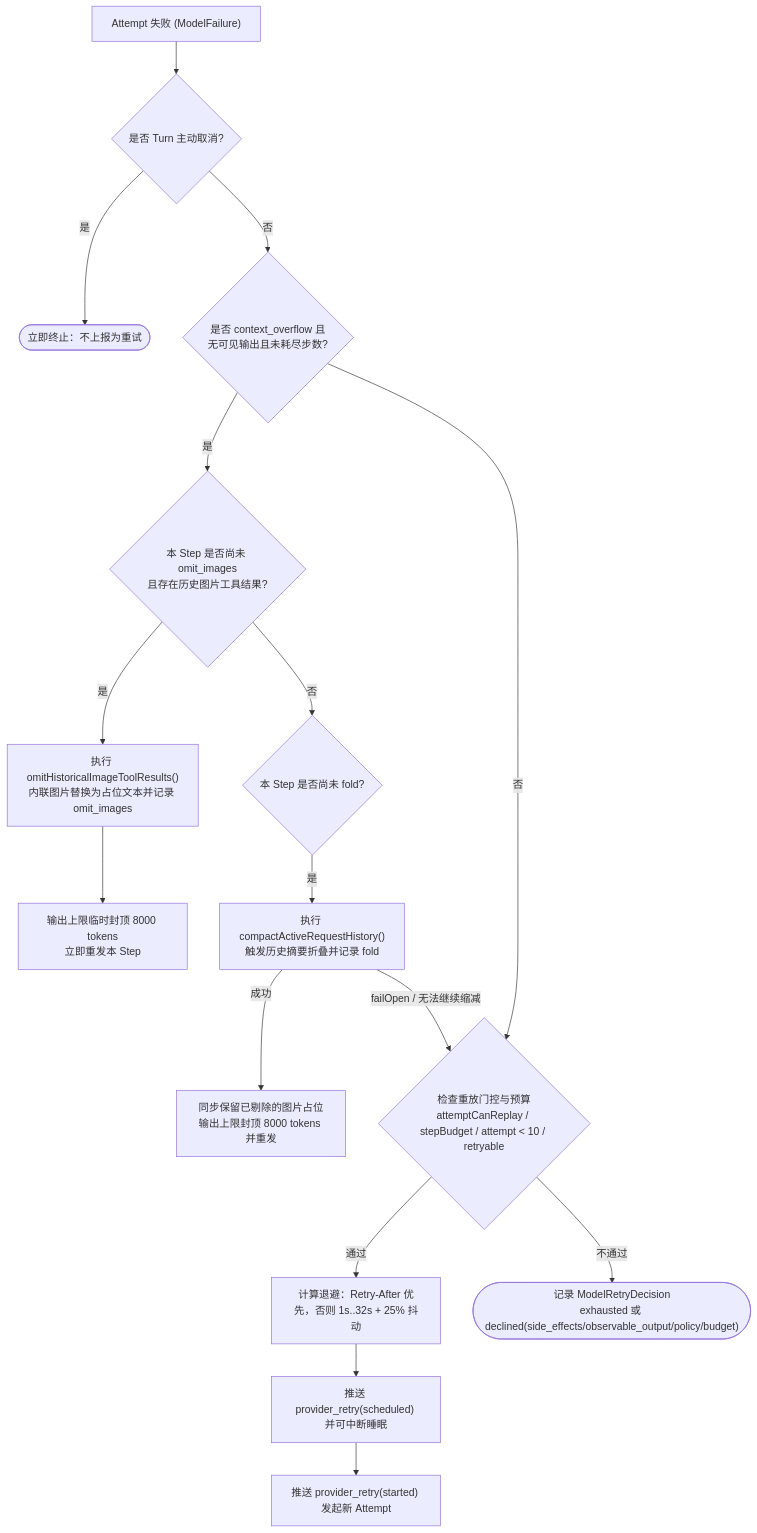
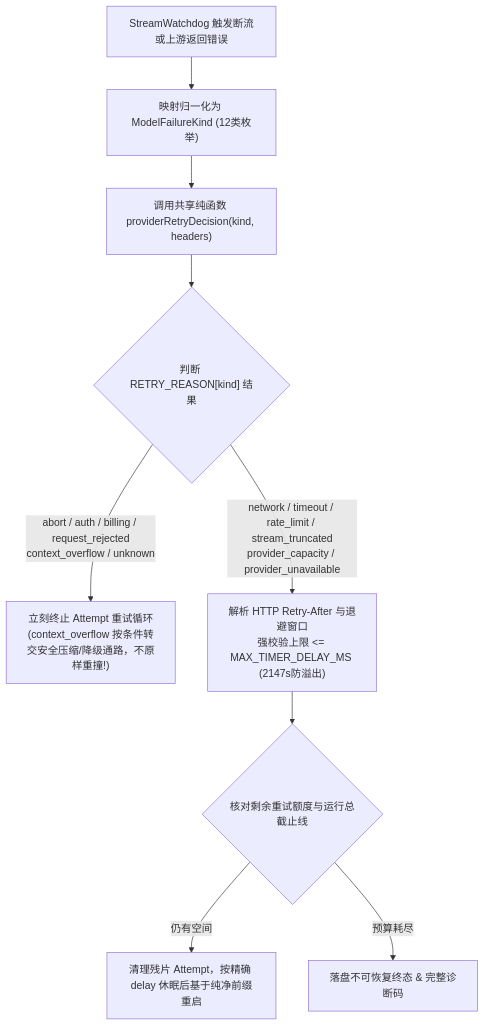
Before and after one commit to suger-m/agent-infrastructure-docs: the diagram in maka-agent-infra/06-operations/retry-timeout-idempotency.md, drawn with Mermaid. The commit also changed other lines of this file and 33 other files, not shown here.

Commit message:
docs(ts): overhaul all 32 TS architecture chapters in razor-sharp microkernel style & polish Rust foundations

````diff
--- a/maka-agent-infra/06-operations/retry-timeout-idempotency.md
+++ b/maka-agent-infra/06-operations/retry-timeout-idempotency.md
@@ -126,22 +30,11 @@
 ```mermaid
 flowchart TD
-    Fail["Attempt 失败 (ModelFailure)"] --> CheckAbort{"是否 Turn 主动取消?"}
-    CheckAbort -->|"是"| ThrowAbort(["立即终止：不上报为重试"])
-    CheckAbort -->|"否"| IsOverflow{"是否 context_overflow 且<br/>无可见输出且未耗尽步数?"}
-
-    IsOverflow -->|"是"| ImgCheck{"本 Step 是否尚未 omit_images<br/>且存在历史图片工具结果?"}
-    ImgCheck -->|"是"| OmitImg["执行 omitHistoricalImageToolResults()<br/>内联图片替换为占位文本并记录 omit_images"]
-    OmitImg --> CapOut["输出上限临时封顶 8000 tokens<br/>立即重发本 Step"]
-
-    ImgCheck -->|"否"| FoldCheck{"本 Step 是否尚未 fold?"}
-    FoldCheck -->|"是"| Compact["执行 compactActiveRequestHistory()<br/>触发历史摘要折叠并记录 fold"]
-    Compact -->|"成功"| ReapplyImg["同步保留已剔除的图片占位<br/>输出上限封顶 8000 tokens 并重发"]
-    Compact -->|"failOpen / 无法继续缩减"| Gate
-
-    IsOverflow -->|"否"| Gate{"检查重放门控与预算<br/>attemptCanReplay / stepBudget / attempt < 10 / retryable"}
-    Gate -->|"通过"| Backoff["计算退避：Retry-After 优先，否则 1s..32s + 25% 抖动"]
-    Backoff --> EmitWait["推送 provider_retry(scheduled) 并可中断睡眠"]
-    EmitWait --> Restart["推送 provider_retry(started) 发起新 Attempt"]
-
-    Gate -->|"不通过"| Decline(["记录 ModelRetryDecision<br/>exhausted 或 declined(side_effects/observable_output/policy/budget)"])
+    StreamErr["StreamWatchdog 触发断流或上游返回错误"] --> Classify["映射归一化为 ModelFailureKind (12类枚举)"]
+    Classify --> Policy["调用共享纯函数 providerRetryDecision(kind, headers)"]
+    Policy --> Gate{"判断 RETRY_REASON[kind] 结果"}
+    Gate -->|"abort / auth / billing / request_rejected<br/>context_overflow / unknown"| FailFast["立刻终止 Attempt 重试循环<br/>(context_overflow 按条件转交安全压缩/降级通路，不原样重撞!)"]
+    Gate -->|"network / timeout / rate_limit / stream_truncated<br/>provider_capacity / provider_unavailable"| ExtractDelay["解析 HTTP Retry-After 与退避窗口<br/>强校验上限 <= MAX_TIMER_DELAY_MS (2147s防溢出)"]
+    ExtractDelay --> Budget{"核对剩余重试额度与运行总截止线"}
+    Budget -->|"仍有空间"| SleepAndRetry["清理残片 Attempt，按精确 delay 休眠后基于纯净前缀重启"]
+    Budget -->|"预算耗尽"| TerminalFail["落盘不可恢复终态 & 完整诊断码"]
 ```
````
